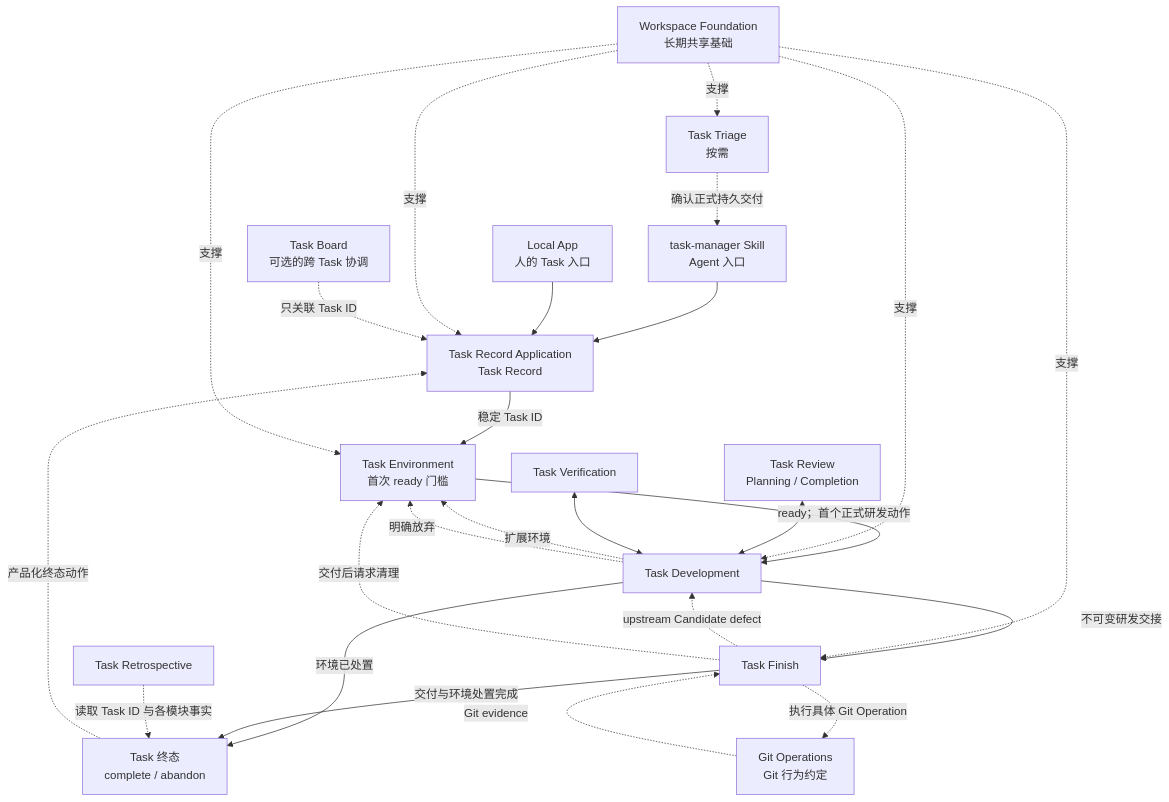
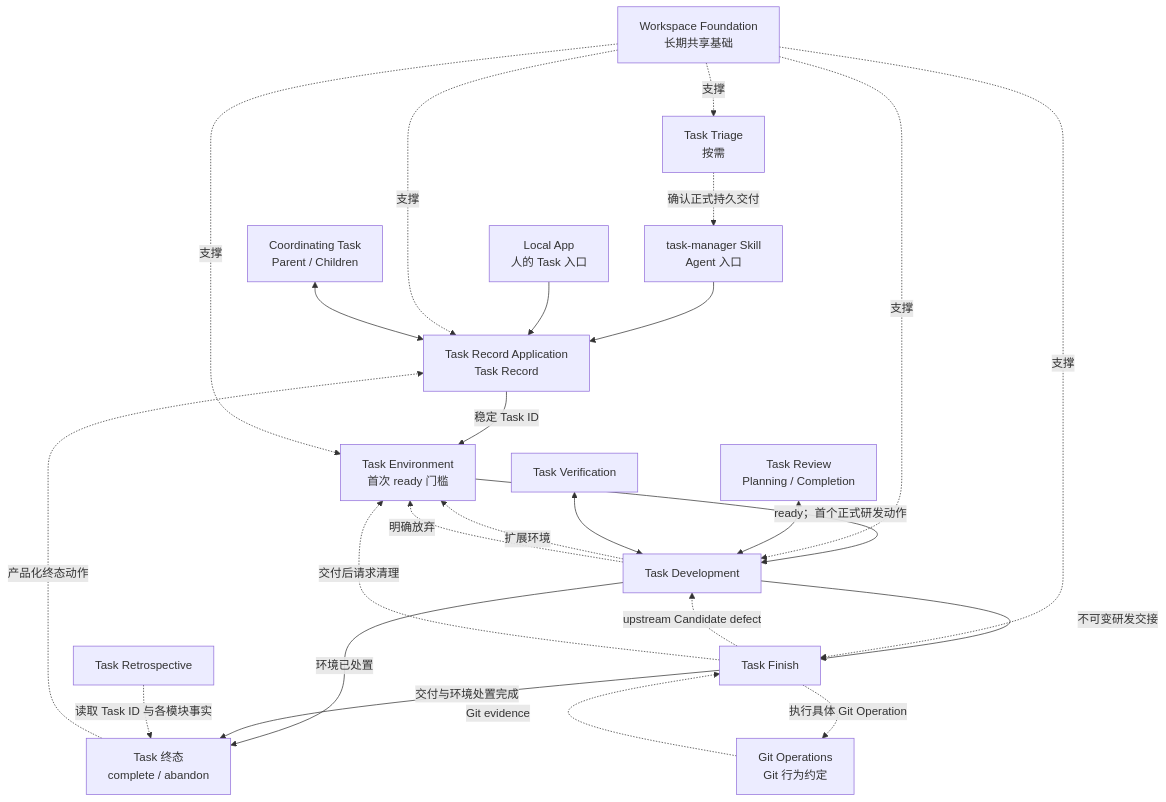
Before and after one commit to BuildrAI/Buildr: the first of 3 diagrams in projects/product/docs/roadmap/task-lifecycle-architecture.md, drawn with Mermaid. The commit also changed other lines of this file and 47 other files, not shown here.

Commit message:
交付 introduce-parent-task

````diff
--- a/projects/product/docs/roadmap/task-lifecycle-architecture.md
+++ b/projects/product/docs/roadmap/task-lifecycle-architecture.md
@@ -39,39 +41,39 @@
 ```mermaid
 flowchart TB
     W["Workspace Foundation<br/>长期共享基础"]
     T["Task Triage<br/>按需"]
     S["task-manager Skill<br/>Agent 入口"]
     L["Local App<br/>人的 Task 入口"]
     M["Task Record Application<br/>Task Record"]
     E["Task Environment<br/>首次 ready 门槛"]
     D["Task Development"]
     F["Task Finish"]
     X["Task 终态<br/>complete / abandon"]
 
     T -. "确认正式持久交付" .-> S
     S --> M
     L --> M
     M -->|"稳定 Task ID"| E
     E -->|"ready；首个正式研发动作"| D
     D -. "扩展环境" .-> E
     D -->|"不可变研发交接"| F
     F -. "upstream Candidate defect" .-> D
     D -. "明确放弃" .-> E
     F -. "交付后请求清理" .-> E
     D -->|"环境已处置"| X
     F -->|"交付与环境处置完成"| X
     X -. "产品化终态动作" .-> M
 
     W -. "支撑" .-> T
     W -. "支撑" .-> M
     W -. "支撑" .-> E
     W -. "支撑" .-> D
     W -. "支撑" .-> F
 
     R["Task Review<br/>Planning / Completion"] <--> D
     V["Task Verification"] <--> D
     F -. "执行具体 Git Operation" .-> G["Git Operations<br/>Git 行为约定"]
     G -. "Git evidence" .-> F
     A["Task Retrospective"] -. "读取 Task ID 与各模块事实" .-> X
-    B["Task Board<br/>可选的跨 Task 协调"] -. "只关联 Task ID" .-> M
+    P["Coordinating Task<br/>Parent / Children"] <--> M
 ```
````
